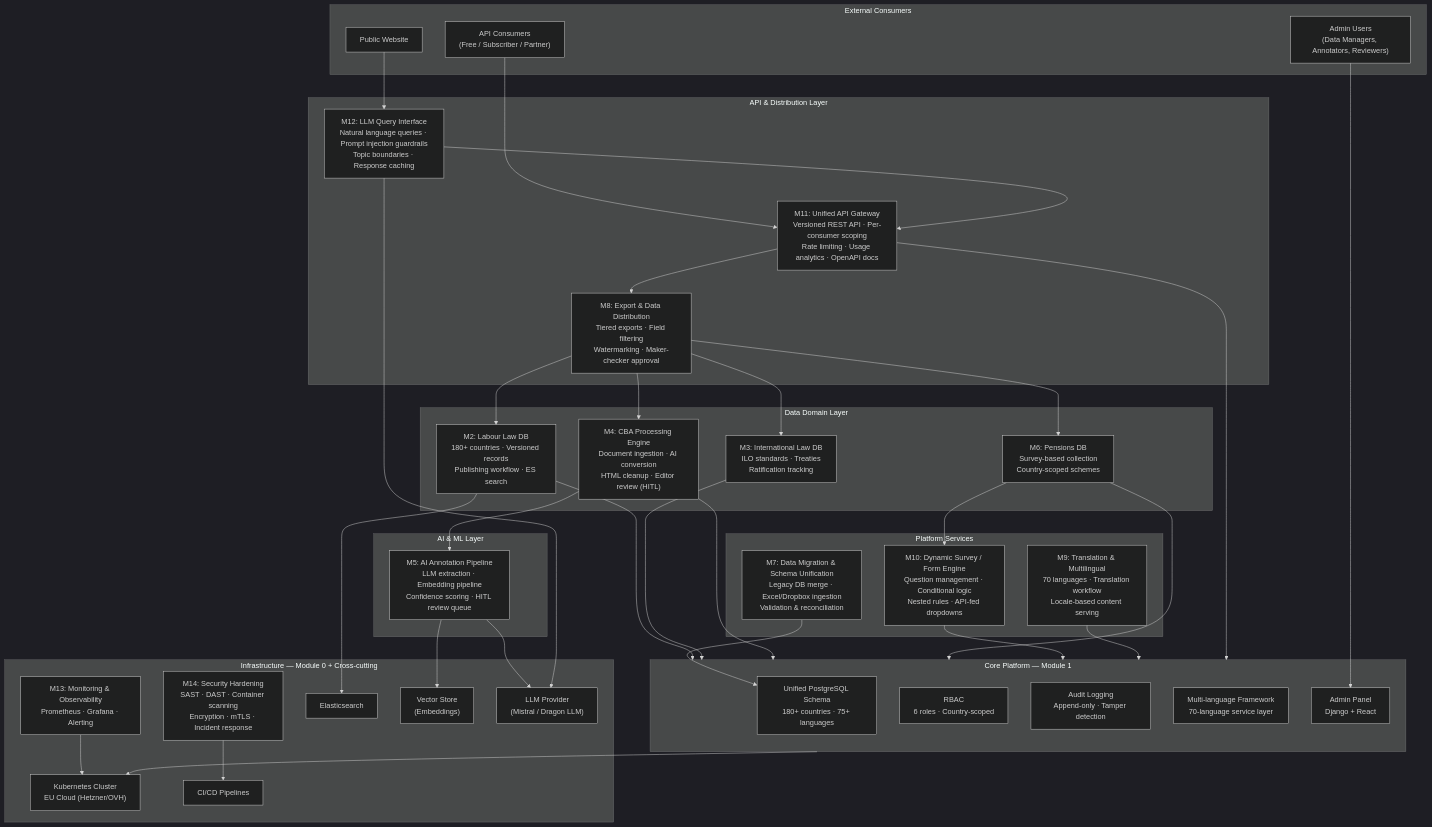
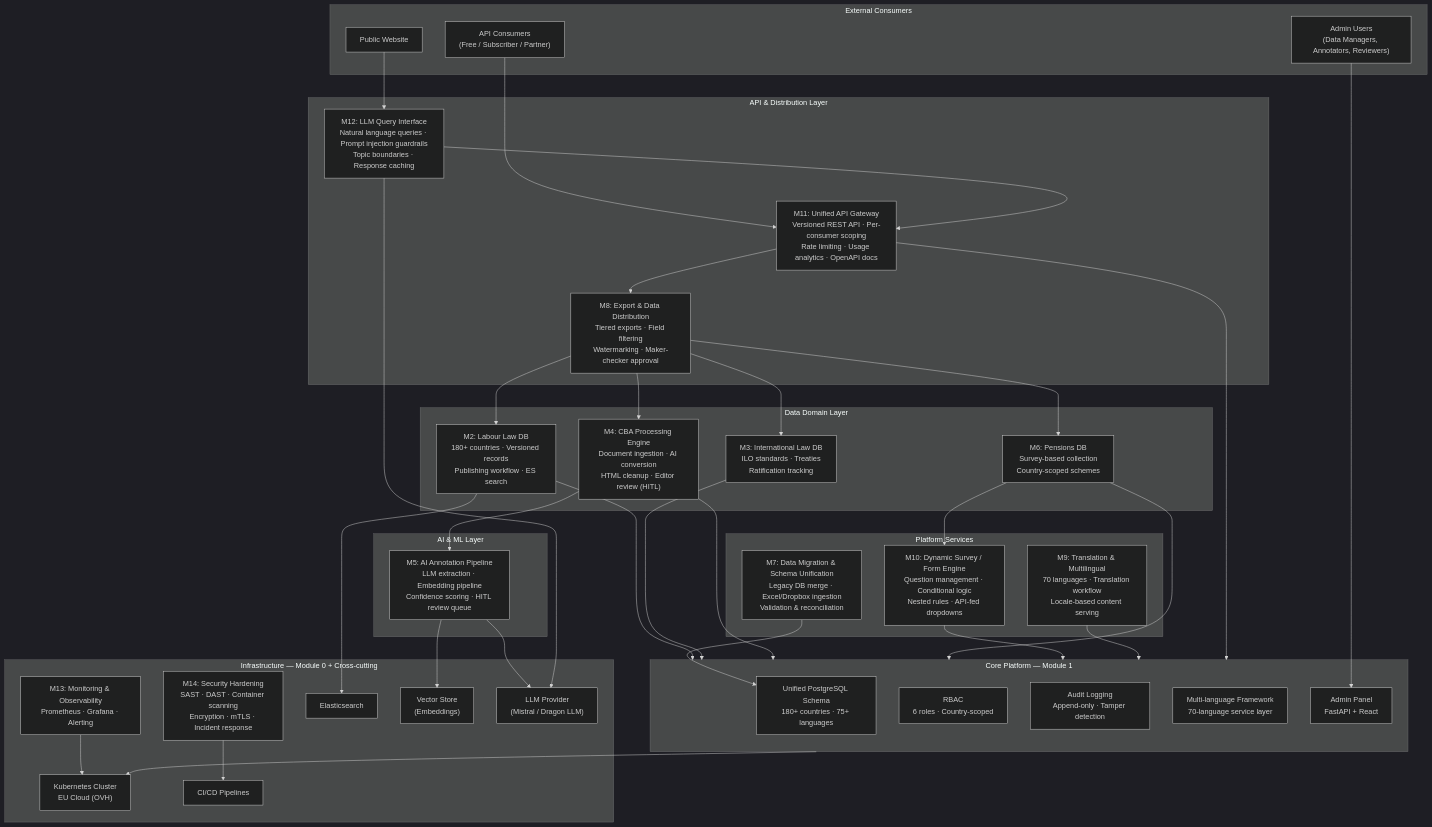
One commit to abhisheksiddhu/second-brain changed the diagram in Altysys/Wage Indicator/Data Transformation/COBRA 2.0 — Architecture Overview.md. Above: the diagram before and after it, drawn with Mermaid (dark theme). The commit also changed other lines of this file and 8 other files, not shown here.

````diff
--- a/Altysys/Wage Indicator/Data Transformation/COBRA 2.0 — Architecture Overview.md
+++ b/Altysys/Wage Indicator/Data Transformation/COBRA 2.0 — Architecture Overview.md
@@ -9,75 +9,75 @@
 ```mermaid
 graph TB
     subgraph External["External Consumers"]
         PW["Public Website"]
         API_C["API Consumers<br/>(Free / Subscriber / Partner)"]
         ADMIN["Admin Users<br/>(Data Managers, Annotators, Reviewers)"]
     end
 
     subgraph Gateway["API & Distribution Layer"]
         M11["M11: Unified API Gateway<br/>Versioned REST API · Per-consumer scoping<br/>Rate limiting · Usage analytics · OpenAPI docs"]
         M8["M8: Export & Data Distribution<br/>Tiered exports · Field filtering<br/>Watermarking · Maker-checker approval"]
         M12["M12: LLM Query Interface<br/>Natural language queries · Prompt injection guardrails<br/>Topic boundaries · Response caching"]
     end
 
     subgraph AI["AI & ML Layer"]
         M5["M5: AI Annotation Pipeline<br/>LLM extraction · Embedding pipeline<br/>Confidence scoring · HITL review queue"]
     end
 
     subgraph Domains["Data Domain Layer"]
         M2["M2: Labour Law DB<br/>180+ countries · Versioned records<br/>Publishing workflow · ES search"]
         M3["M3: International Law DB<br/>ILO standards · Treaties<br/>Ratification tracking"]
         M4["M4: CBA Processing Engine<br/>Document ingestion · AI conversion<br/>HTML cleanup · Editor review (HITL)"]
         M6["M6: Pensions DB<br/>Survey-based collection<br/>Country-scoped schemes"]
     end
 
     subgraph Services["Platform Services"]
         M10["M10: Dynamic Survey / Form Engine<br/>Question management · Conditional logic<br/>Nested rules · API-fed dropdowns"]
         M9["M9: Translation & Multilingual<br/>70 languages · Translation workflow<br/>Locale-based content serving"]
         M7["M7: Data Migration & Schema Unification<br/>Legacy DB merge · Excel/Dropbox ingestion<br/>Validation & reconciliation"]
     end
 
     subgraph Core["Core Platform — Module 1"]
         DB["Unified PostgreSQL Schema<br/>180+ countries · 75+ languages"]
         RBAC["RBAC<br/>6 roles · Country-scoped"]
         AUDIT["Audit Logging<br/>Append-only · Tamper detection"]
         LANG["Multi-language Framework<br/>70-language service layer"]
-        ADMIN_P["Admin Panel<br/>Django + React"]
+        ADMIN_P["Admin Panel<br/>FastAPI + React"]
     end
 
     subgraph Infra["Infrastructure — Module 0 + Cross-cutting"]
-        K8S["Kubernetes Cluster<br/>EU Cloud (Hetzner/OVH)"]
+        K8S["Kubernetes Cluster<br/>EU Cloud (OVH)"]
         CICD["CI/CD Pipelines"]
         M13["M13: Monitoring & Observability<br/>Prometheus · Grafana · Alerting"]
         M14["M14: Security Hardening<br/>SAST · DAST · Container scanning<br/>Encryption · mTLS · Incident response"]
         ES["Elasticsearch"]
         VS["Vector Store<br/>(Embeddings)"]
         LLM_P["LLM Provider<br/>(Mistral / Dragon LLM)"]
     end
 
     PW --> M12
     API_C --> M11
     ADMIN --> ADMIN_P
 
     M11 --> M8
     M12 --> M11
 
     M8 --> M2 & M3 & M4 & M6
 
     M4 --> M5
     M5 --> LLM_P
     M5 --> VS
     M12 --> LLM_P
 
     M2 --> ES
     M6 --> M10
 
     M2 & M3 & M4 & M6 --> Core
     M10 & M9 --> Core
     M7 --> DB
     M11 --> Core
 
     Core --> K8S
     M13 --> K8S
     M14 --> CICD
 ```
````
